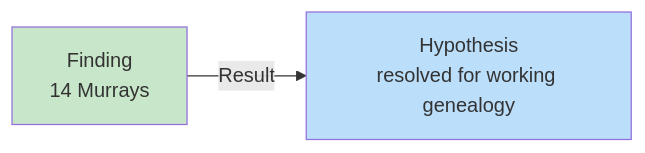
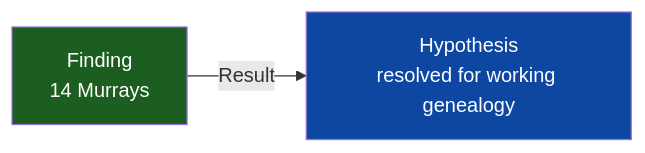
Before and after one commit to zcopley/copley-family-research: the fourth of 10 diagrams in MERMAID_DIAGRAM_GUIDE.md, drawn with Mermaid. The commit also changed other lines of this file and 3 other files, not shown here.

Commit message:
Improve Gatton Mermaid chart contrast

````diff
--- a/MERMAID_DIAGRAM_GUIDE.md
+++ b/MERMAID_DIAGRAM_GUIDE.md
@@ -144,7 +146,7 @@
 ```mermaid
 graph LR
     A["Finding<br/>14 Murrays"] --> |Result| B["Hypothesis<br/>resolved for working genealogy"]
     
-    style A fill:#c8e6c9
-    style B fill:#bbdefb
+    style A fill:#1b5e20,color:#ffffff
+    style B fill:#0d47a1,color:#ffffff
 ```
````
